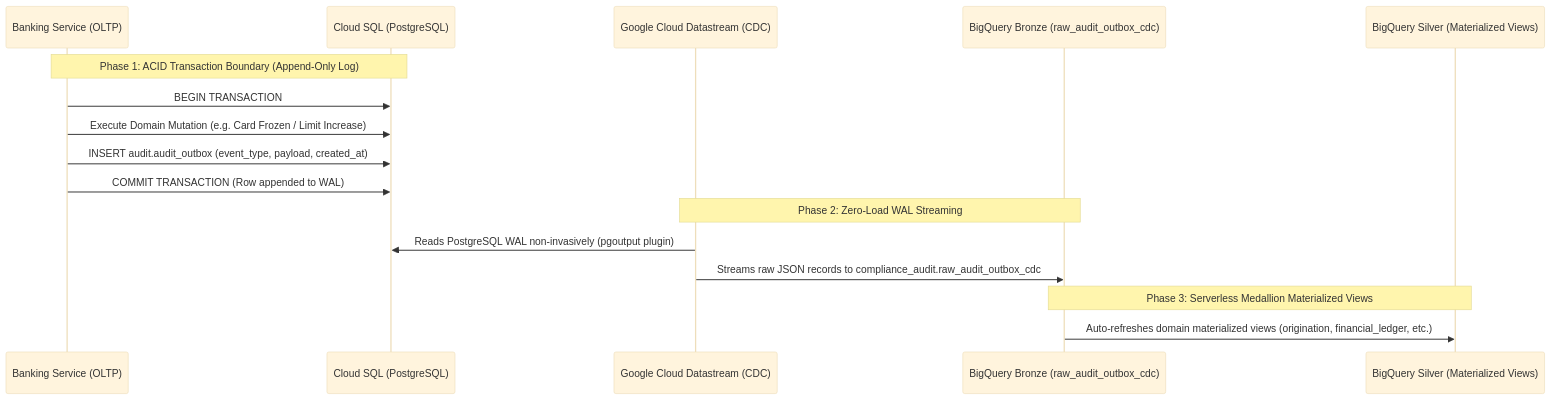
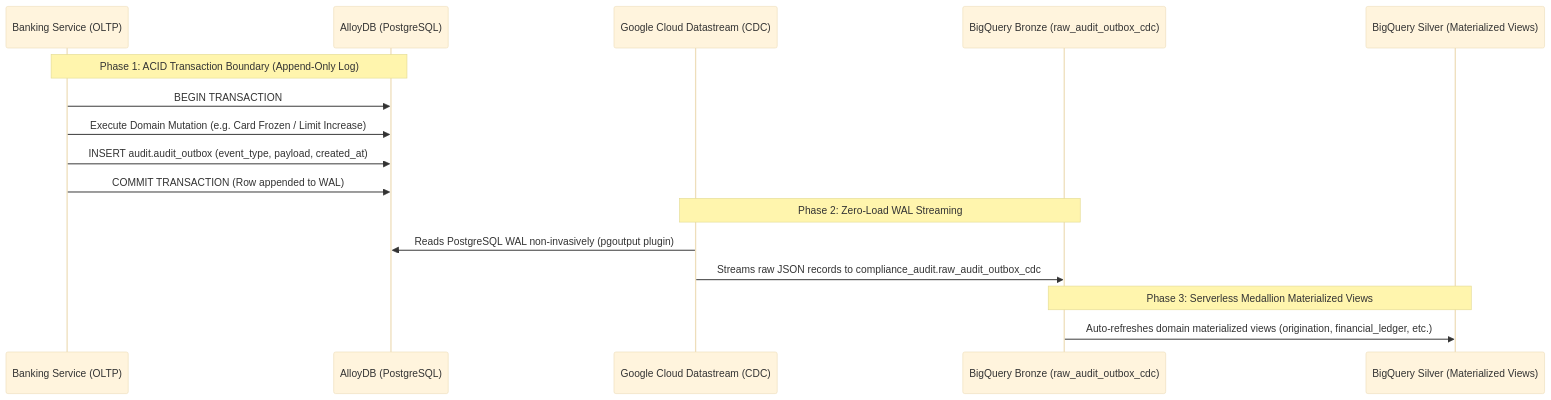
The second of 2 diagrams in docs/architecture/data-platform/bigquery_olap_audit_architecture.md (GoogleCloudPlatform/fsi-gecx-bundle), drawn with Mermaid (base theme) before and after one commit. The commit also changed other lines of this file and 15 other files, not shown here.

````diff
--- a/docs/architecture/data-platform/bigquery_olap_audit_architecture.md
+++ b/docs/architecture/data-platform/bigquery_olap_audit_architecture.md
@@ -58,21 +58,21 @@
 ```mermaid
 sequenceDiagram
     participant App as Banking Service (OLTP)
-    participant PG as Cloud SQL (PostgreSQL)
+    participant PG as AlloyDB (PostgreSQL)
     participant DS as Google Cloud Datastream (CDC)
     participant BQ as BigQuery Bronze (raw_audit_outbox_cdc)
     participant MV as BigQuery Silver (Materialized Views)
 
     Note over App,PG: Phase 1: ACID Transaction Boundary (Append-Only Log)
     App->>PG: BEGIN TRANSACTION
     App->>PG: Execute Domain Mutation (e.g. Card Frozen / Limit Increase)
     App->>PG: INSERT audit.audit_outbox (event_type, payload, created_at)
     App->>PG: COMMIT TRANSACTION (Row appended to WAL)
 
     Note over DS,BQ: Phase 2: Zero-Load WAL Streaming
     DS->>PG: Reads PostgreSQL WAL non-invasively (pgoutput plugin)
     DS->>BQ: Streams raw JSON records to compliance_audit.raw_audit_outbox_cdc
 
     Note over BQ,MV: Phase 3: Serverless Medallion Materialized Views
     BQ->>MV: Auto-refreshes domain materialized views (origination, financial_ledger, etc.)
 ```
````
